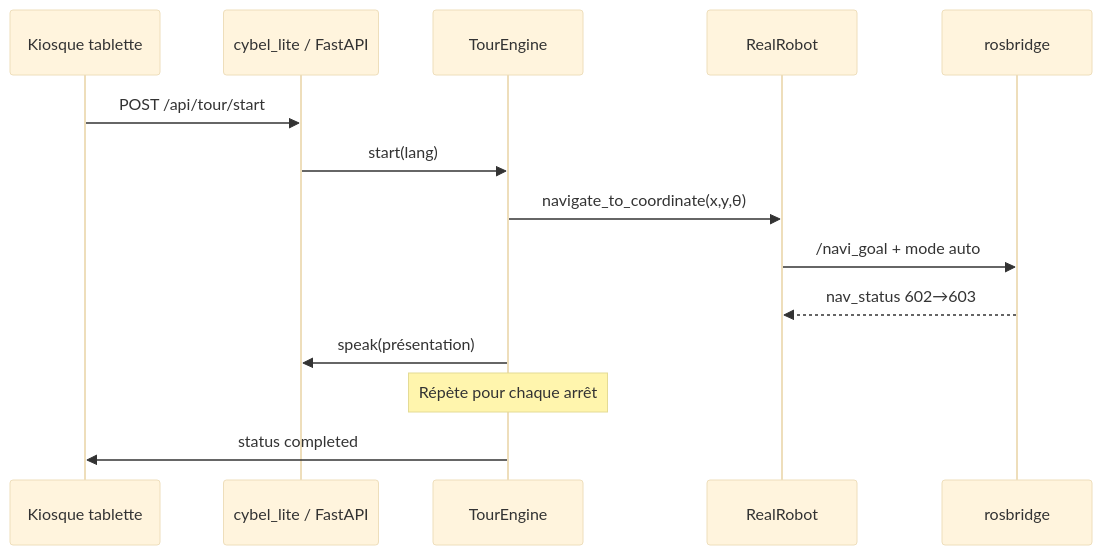
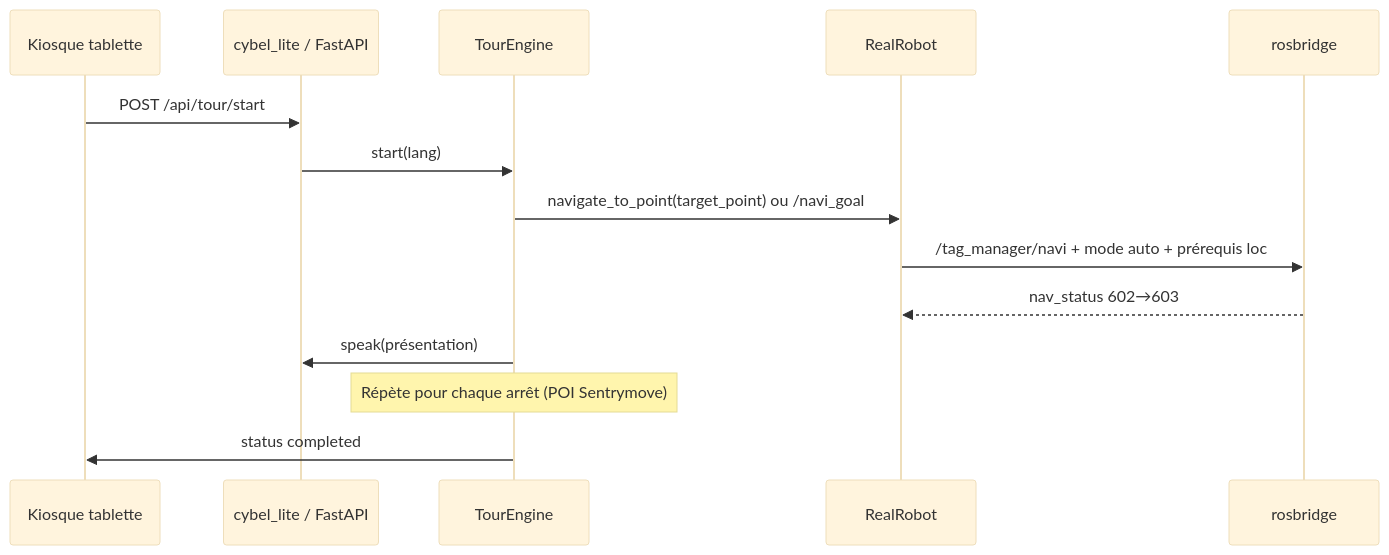
The tenth of 10 diagrams in docs/Sujet de stage/chapitres_5_6_7_conclusion.md (Claude20022002/Projet-Stage-2026-Cybel), drawn with Mermaid (base theme) before and after one commit. The commit also changed other lines of this file, not shown here.

````diff
--- a/docs/Sujet de stage/chapitres_5_6_7_conclusion.md
+++ b/docs/Sujet de stage/chapitres_5_6_7_conclusion.md
@@ -483,17 +708,17 @@
 ```mermaid
 sequenceDiagram
     participant K as Kiosque tablette
     participant L as cybel_lite / FastAPI
     participant E as TourEngine
     participant R as RealRobot
     participant ROS as rosbridge
 
     K->>L: POST /api/tour/start
     L->>E: start(lang)
-    E->>R: navigate_to_coordinate(x,y,θ)
-    R->>ROS: /navi_goal + mode auto
+    E->>R: navigate_to_point(target_point) ou /navi_goal
+    R->>ROS: /tag_manager/navi + mode auto + prérequis loc
     ROS-->>R: nav_status 602→603
     E->>L: speak(présentation)
-    Note over E: Répète pour chaque arrêt
+    Note over E: Répète pour chaque arrêt (POI Sentrymove)
     E->>K: status completed
 ```
````
